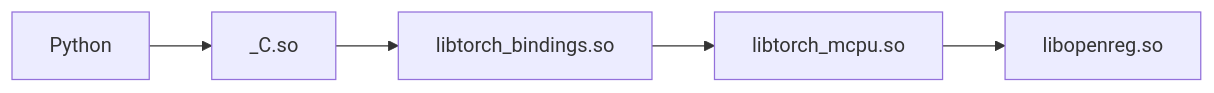
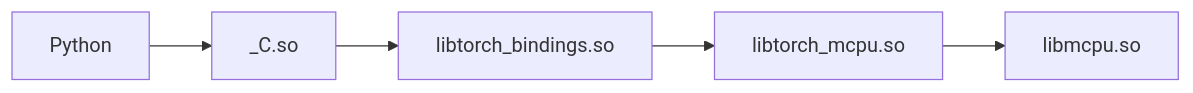
The diagram in README.md (kzwrime/torch_mcpu), drawn with Mermaid before and after one commit. The commit also changed other lines of this file and 17 other files, not shown here.

````diff
--- a/README.md
+++ b/README.md
@@ -26,10 +26,10 @@
 ```mermaid
 graph LR
     A[Python]
     B[_C.so]
     C[libtorch_bindings.so]
     D[libtorch_mcpu.so]
-    E[libopenreg.so]
+    E[libmcpu.so]
 
     A --> B --> C --> D --> E
 ```
````
